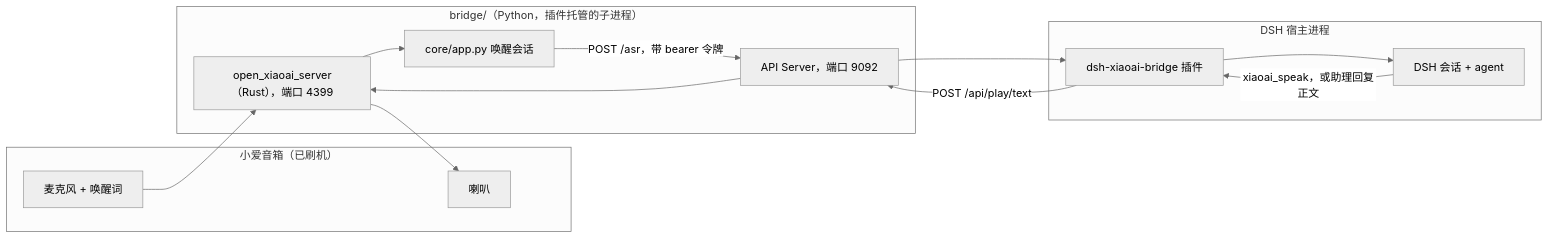
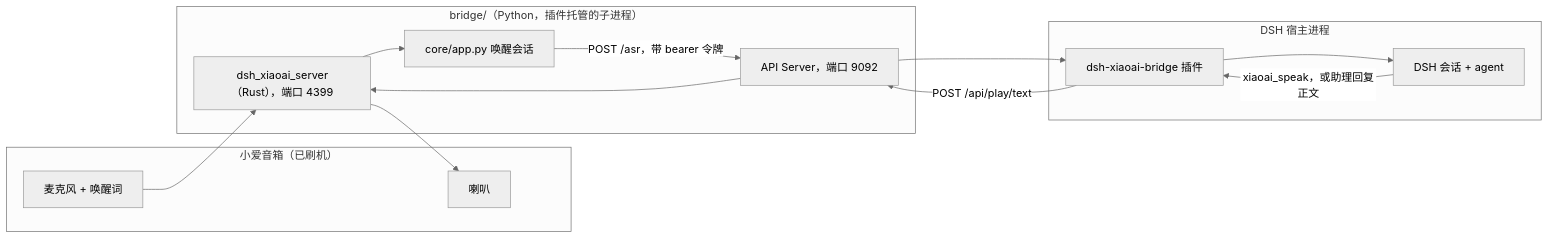
Before and after one commit to OMSociety/dsh-xiaoai-bridge: the diagram in README.md, drawn with Mermaid (neutral theme). The commit also changed other lines of this file and 34 other files, not shown here.

````diff
--- a/README.md
+++ b/README.md
@@ -43,25 +43,25 @@
 ```mermaid
 flowchart LR
   subgraph DEV["小爱音箱（已刷机）"]
     MIC["麦克风 + 唤醒词"]
     SPK["喇叭"]
   end
   subgraph BR["bridge/（Python，插件托管的子进程）"]
-    RUST["open_xiaoai_server（Rust），端口 4399"]
+    RUST["dsh_xiaoai_server（Rust），端口 4399"]
     APP["core/app.py 唤醒会话"]
     API["API Server，端口 9092"]
   end
   subgraph HOST["DSH 宿主进程"]
     PLUGIN["dsh-xiaoai-bridge 插件"]
     SESSION["DSH 会话 + agent"]
   end
   MIC --> RUST
   RUST --> APP
   APP -->|"POST /asr，带 bearer 令牌"| API
   API --> PLUGIN
   PLUGIN --> SESSION
   SESSION -->|"xiaoai_speak，或助理回复正文"| PLUGIN
   PLUGIN -->|"POST /api/play/text"| API
   API --> RUST
   RUST --> SPK
 ```
````
